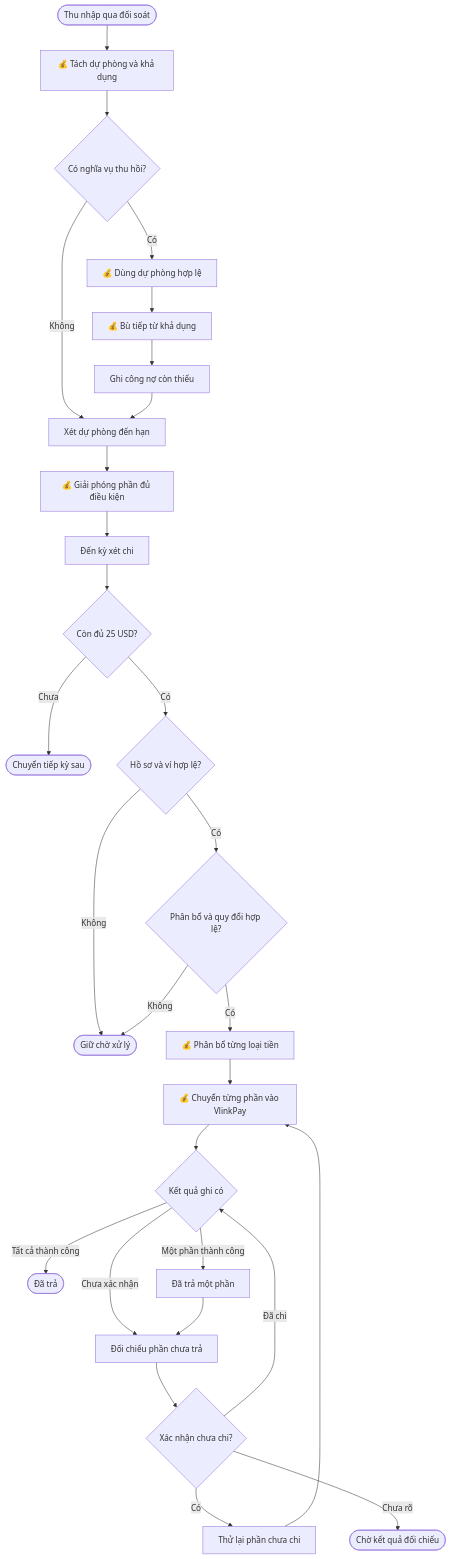
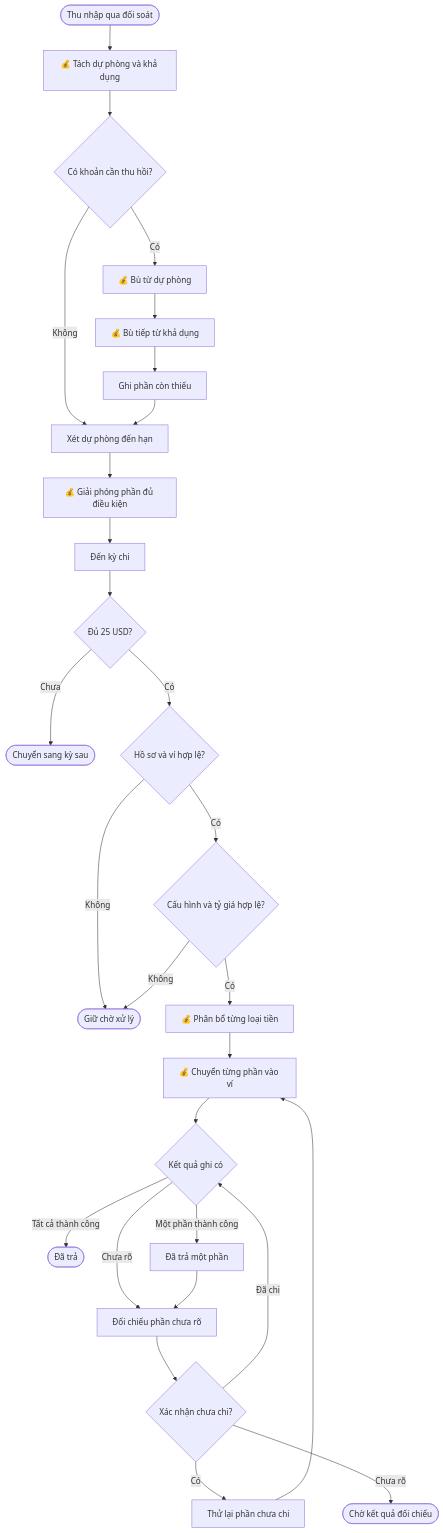
The third of 9 diagrams in nexora/docs/business/business-oneqr-earnings.md (vlink-group/VlinkPay), drawn with Mermaid before and after one commit. The commit also changed other lines of this file, not shown here.

Commit message:
Make the content flow more smoothly

````diff
--- a/nexora/docs/business/business-oneqr-earnings.md
+++ b/nexora/docs/business/business-oneqr-earnings.md
@@ -183,30 +205,30 @@
 ```mermaid
 flowchart TD
     A([Thu nhập qua đối soát]) --> B[💰 Tách dự phòng và khả dụng]
-    B --> C{Có nghĩa vụ thu hồi?}
-    C -- Có --> D[💰 Dùng dự phòng hợp lệ]
+    B --> C{Có khoản cần thu hồi?}
+    C -- Có --> D[💰 Bù từ dự phòng]
     D --> E[💰 Bù tiếp từ khả dụng]
-    E --> F[Ghi công nợ còn thiếu]
+    E --> F[Ghi phần còn thiếu]
     C -- Không --> G[Xét dự phòng đến hạn]
     F --> G
     G --> H[💰 Giải phóng phần đủ điều kiện]
-    H --> I[Đến kỳ xét chi]
-    I --> J{Còn đủ 25 USD?}
-    J -- Chưa --> K([Chuyển tiếp kỳ sau])
+    H --> I[Đến kỳ chi]
+    I --> J{Đủ 25 USD?}
+    J -- Chưa --> K([Chuyển sang kỳ sau])
     J -- Có --> L{Hồ sơ và ví hợp lệ?}
     L -- Không --> M([Giữ chờ xử lý])
-    L -- Có --> R{Phân bổ và quy đổi hợp lệ?}
+    L -- Có --> R{Cấu hình và tỷ giá hợp lệ?}
     R -- Không --> M
     R -- Có --> S[💰 Phân bổ từng loại tiền]
-    S --> N[💰 Chuyển từng phần vào VlinkPay]
+    S --> N[💰 Chuyển từng phần vào ví]
     N --> O{Kết quả ghi có}
     O -- Tất cả thành công --> P([Đã trả])
     O -- Một phần thành công --> T[Đã trả một phần]
-    O -- Chưa xác nhận --> Q[Đối chiếu phần chưa trả]
+    O -- Chưa rõ --> Q[Đối chiếu phần chưa rõ]
     T --> Q
     Q --> U{Xác nhận chưa chi?}
     U -- Có --> V[Thử lại phần chưa chi]
     V --> N
     U -- Chưa rõ --> W([Chờ kết quả đối chiếu])
     U -- Đã chi --> O
 ```
````
